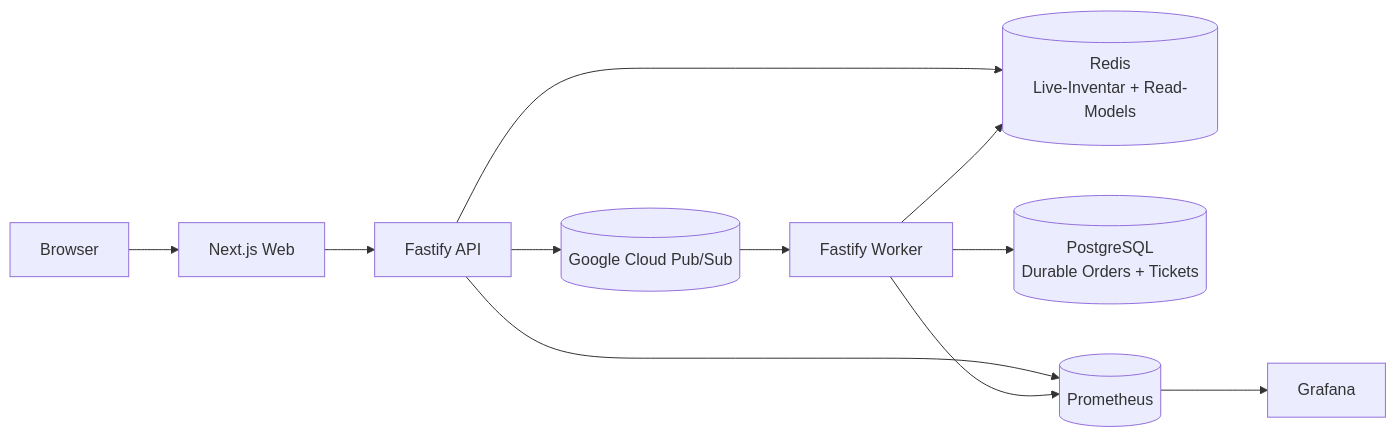
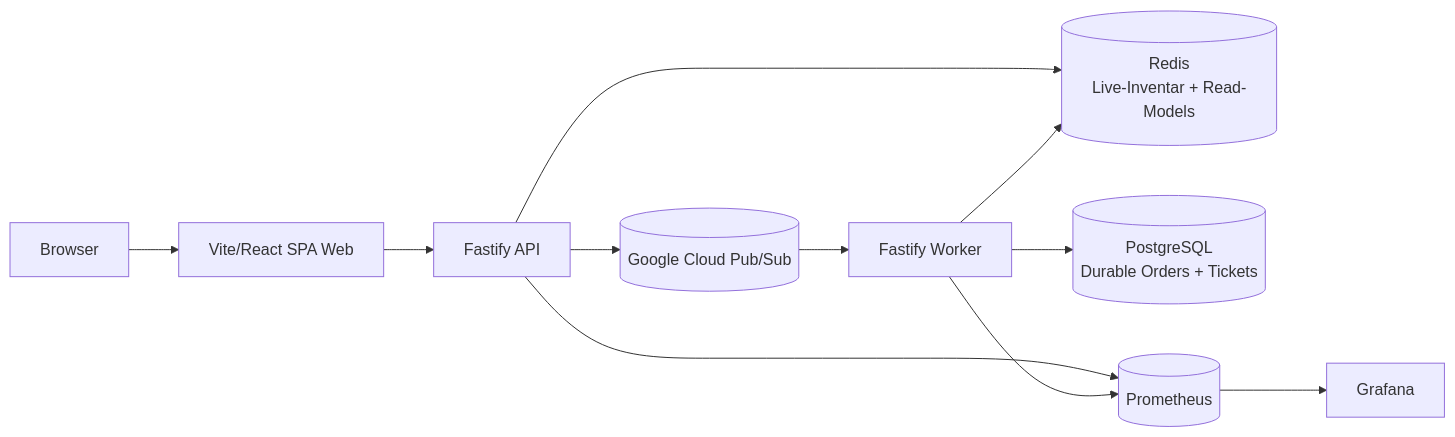
The first of 5 diagrams in docs/ARCHITECTURE.md (schuler-ph/high-frequency-ticket-system), drawn with Mermaid before and after one commit. The commit also changed 66 other files, not shown here.

````diff
--- a/docs/ARCHITECTURE.md
+++ b/docs/ARCHITECTURE.md
@@ -10,23 +10,23 @@
 ```mermaid
 flowchart LR
     Browser["Browser"]
-    Web["Next.js Web"]
+    Web["Vite/React SPA Web"]
     API["Fastify API"]
     Redis[("Redis\nLive-Inventar + Read-Models")]
     PubSub[("Google Cloud Pub/Sub")]
     Worker["Fastify Worker"]
     Postgres[("PostgreSQL\nDurable Orders + Tickets")]
     Prometheus[("Prometheus")]
     Grafana["Grafana"]
 
     Browser --> Web
     Web --> API
     API --> Redis
     API --> PubSub
     PubSub --> Worker
     Worker --> Postgres
     Worker --> Redis
     API --> Prometheus
     Worker --> Prometheus
     Prometheus --> Grafana
 ```
````
